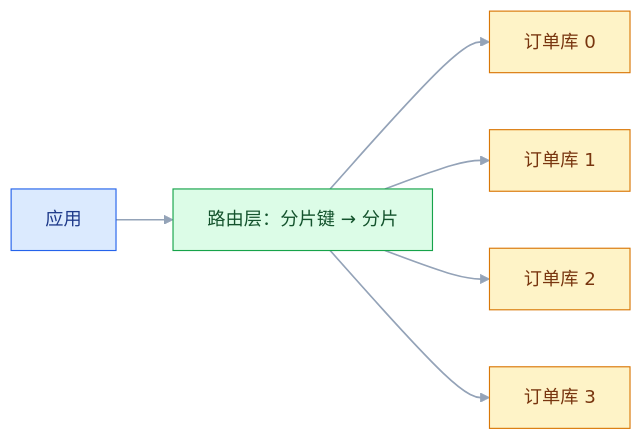
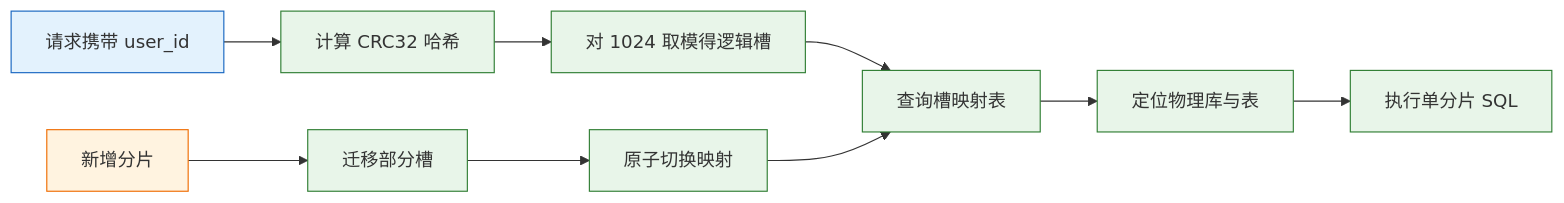
The third of 4 diagrams in blog/src/notes/03-架构/04-容量与高可用/03-存储选型与分库分表.md (jimbosuper/studynotes), drawn with Mermaid before and after one commit. The commit also changed other lines of this file and 367 other files, not shown here.

````diff
--- a/blog/src/notes/03-架构/04-容量与高可用/03-存储选型与分库分表.md
+++ b/blog/src/notes/03-架构/04-容量与高可用/03-存储选型与分库分表.md
@@ -20,13 +215,17 @@
 ```mermaid
 flowchart LR
-    classDef app fill:#DBEAFE,stroke:#2563EB,color:#1E3A8A
-    classDef route fill:#DCFCE7,stroke:#16A34A,color:#14532D
-    classDef shard fill:#FEF3C7,stroke:#D97706,color:#78350F
-
-    A["应用"]:::app --> B["路由层：分片键 → 分片"]:::route
-    B --> C["订单库 0"]:::shard
-    B --> D["订单库 1"]:::shard
-    B --> E["订单库 2"]:::shard
-    B --> F["订单库 3"]:::shard
-    linkStyle default stroke:#94A3B8,stroke-width:1.5px
+    A["请求携带 user_id"] --> B["计算 CRC32 哈希"]
+    B --> C["对 1024 取模得逻辑槽"]
+    C --> D["查询槽映射表"]
+    D --> E["定位物理库与表"]
+    E --> F["执行单分片 SQL"]
+    G["新增分片"] --> H["迁移部分槽"]
+    H --> I["原子切换映射"]
+    I --> D
+    classDef client fill:#e3f2fd,stroke:#1565c0;
+    classDef engine fill:#e8f5e9,stroke:#2e7d32;
+    classDef image fill:#fff3e0,stroke:#ef6c00;
+    class A client
+    class B,C,D,E,F,H,I engine
+    class G image
 ```
````
